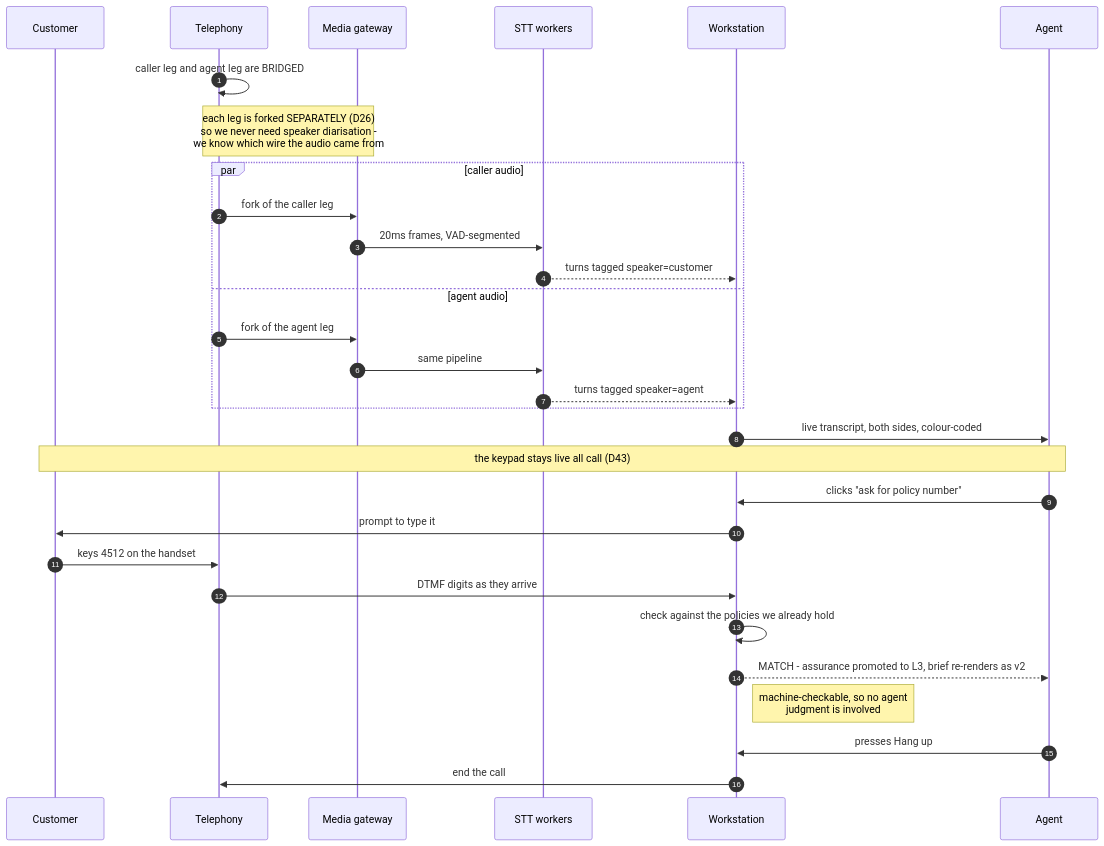
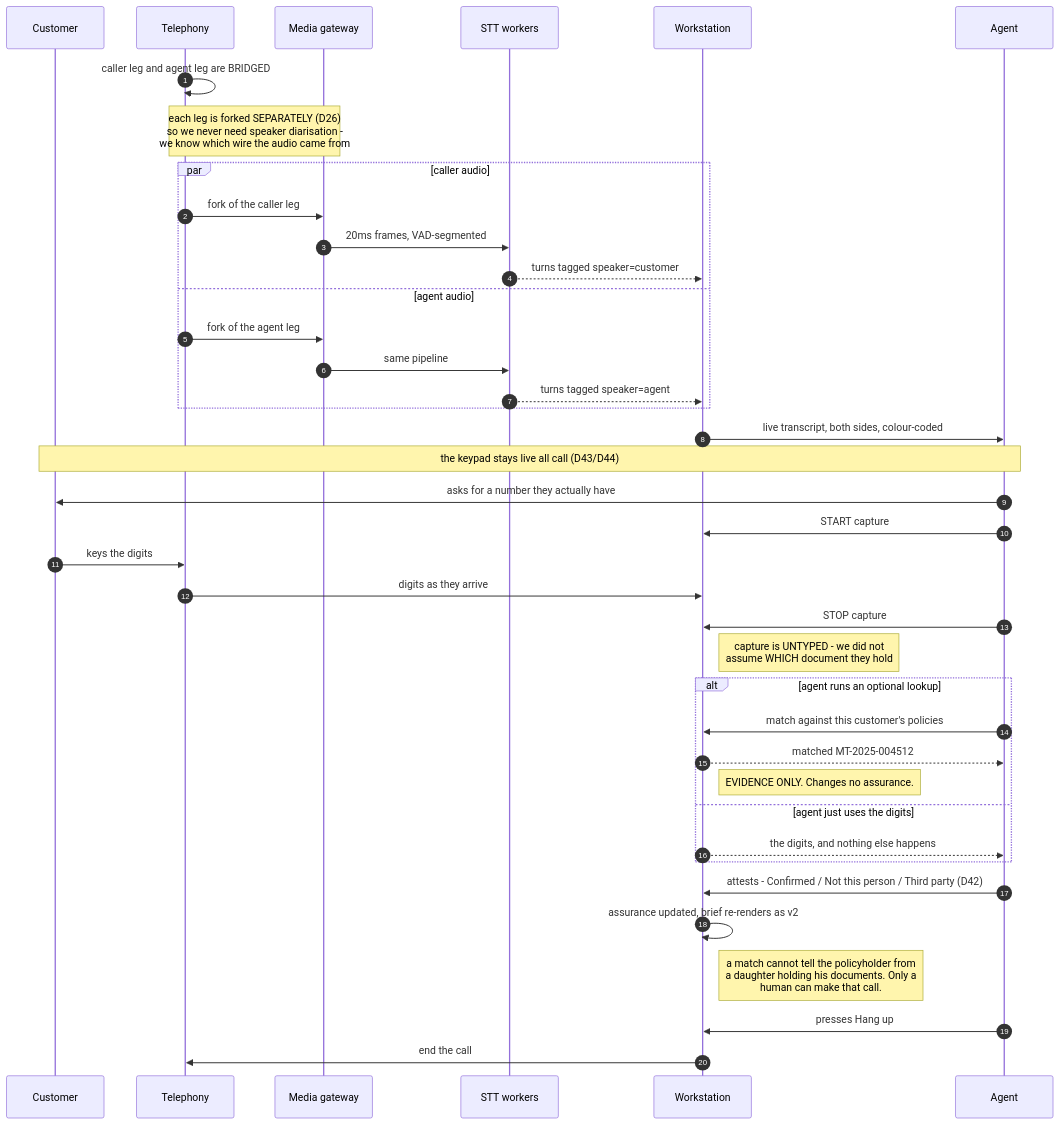
Before and after one commit to anakom-suvonvorn/Krungsri-ReadyCall: the diagram in docs/diagrams/src/flow_live_call.mmd, drawn with Mermaid. The commit also changed 27 other files, not shown here.

First line of the commit message:
identity+acw: keypad capture is untyped and agent-attested (D44); only the person ends ACW (D45)

```diff
--- a/docs/diagrams/src/flow_live_call.mmd
+++ b/docs/diagrams/src/flow_live_call.mmd
@@ -1,36 +1,47 @@
-%% HANDWRITTEN. Checked against ARCHITECTURE.md S10 + D26 + D43
+%% HANDWRITTEN. Checked against ARCHITECTURE.md S10 + D26 + D43 + D44
 sequenceDiagram
     autonumber
     participant C as Customer
     participant TEL as Telephony
     participant MG as Media gateway
     participant STT as STT workers
     participant WS as Workstation
     participant A as Agent
 
     TEL->>TEL: caller leg and agent leg are BRIDGED
     Note over TEL,MG: each leg is forked SEPARATELY (D26)<br/>so we never need speaker diarisation -<br/>we know which wire the audio came from
 
     par caller audio
         TEL->>MG: fork of the caller leg
         MG->>STT: 20ms frames, VAD-segmented
         STT-->>WS: turns tagged speaker=customer
     and agent audio
         TEL->>MG: fork of the agent leg
         MG->>STT: same pipeline
         STT-->>WS: turns tagged speaker=agent
     end
 
     WS->>A: live transcript, both sides, colour-coded
 
-    Note over A,C: the keypad stays live all call (D43)
-    A->>WS: clicks "ask for policy number"
-    WS->>C: prompt to type it
-    C->>TEL: keys 4512 on the handset
-    TEL->>WS: DTMF digits as they arrive
-    WS->>WS: check against the policies we already hold
-    WS-->>A: MATCH - assurance promoted to L3, brief re-renders as v2
-    Note right of WS: machine-checkable, so no agent<br/>judgment is involved
+    Note over A,C: the keypad stays live all call (D43/D44)
+    A->>C: asks for a number they actually have
+    A->>WS: START capture
+    C->>TEL: keys the digits
+    TEL->>WS: digits as they arrive
+    A->>WS: STOP capture
+    Note right of WS: capture is UNTYPED - we did not<br/>assume WHICH document they hold
+
+    alt agent runs an optional lookup
+        A->>WS: match against this customer's policies
+        WS-->>A: matched MT-2025-004512
+        Note right of WS: EVIDENCE ONLY. Changes no assurance.
+    else agent just uses the digits
+        WS-->>A: the digits, and nothing else happens
+    end
+
+    A->>WS: attests - Confirmed / Not this person / Third party (D42)
+    WS->>WS: assurance updated, brief re-renders as v2
+    Note right of WS: a match cannot tell the policyholder from<br/>a daughter holding his documents. Only a<br/>human can make that call.
 
     A->>WS: presses Hang up
     WS->>TEL: end the call
```
